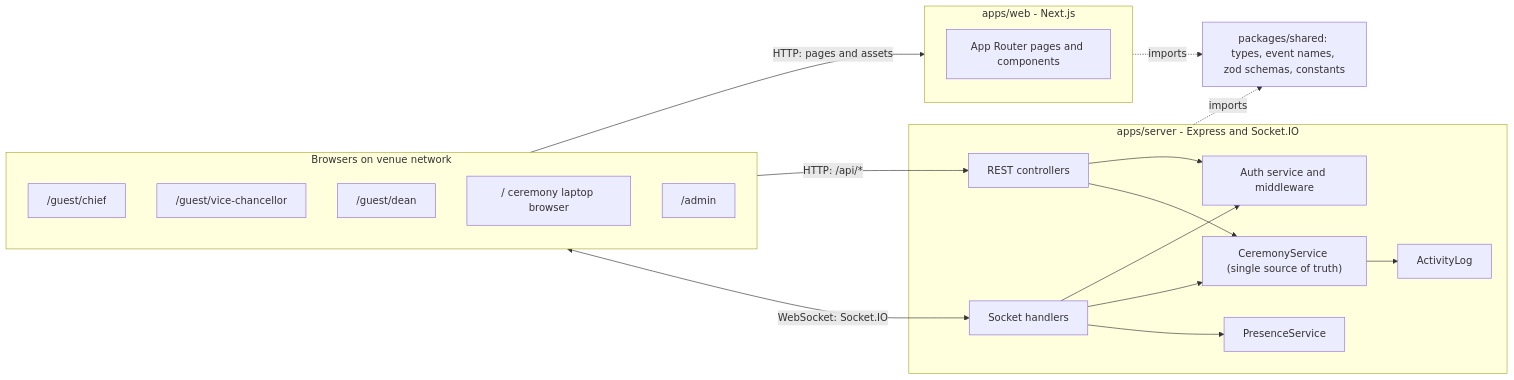
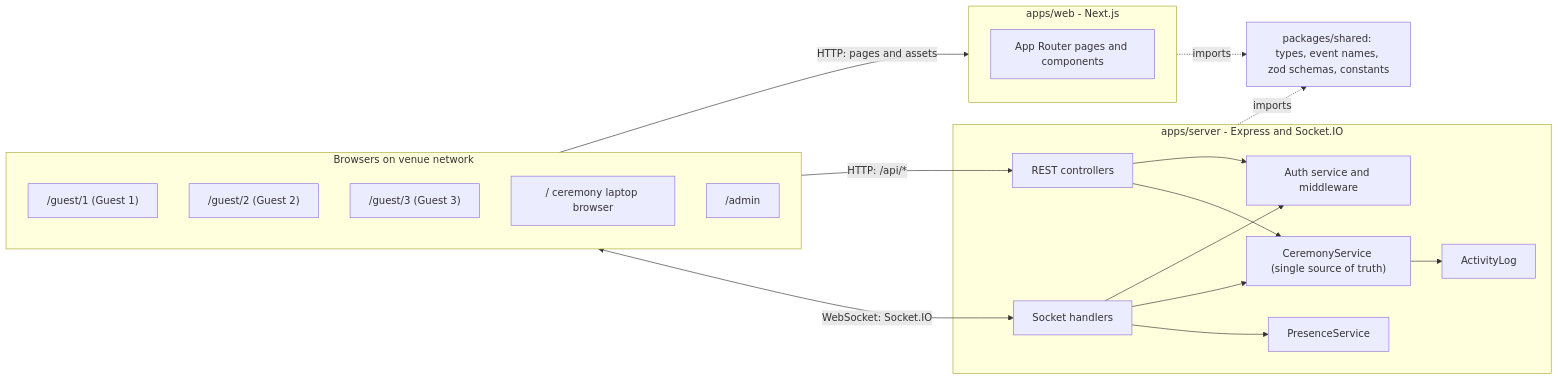
One commit to ShenSandaru/fit25thopening-ceremony changed the first of 5 diagrams in docs/ARCHITECTURE.md. Above: the diagram before and after it, drawn with Mermaid. The commit also changed 27 other files, not shown here.

````diff
--- a/docs/ARCHITECTURE.md
+++ b/docs/ARCHITECTURE.md
@@ -9,33 +9,33 @@
 ```mermaid
 flowchart LR
   subgraph clients [Browsers on venue network]
-    Chief["/guest/chief"]
-    VC["/guest/vice-chancellor"]
-    Dean["/guest/dean"]
+    Guest1["/guest/1 (Guest 1)"]
+    Guest2["/guest/2 (Guest 2)"]
+    Guest3["/guest/3 (Guest 3)"]
     Display["/ ceremony laptop browser"]
     AdminUI["/admin"]
   end
   subgraph web [apps/web - Next.js]
     Pages["App Router pages and components"]
   end
   subgraph server [apps/server - Express and Socket.IO]
     Rest["REST controllers"]
     Sock["Socket handlers"]
     Svc["CeremonyService (single source of truth)"]
     Auth["Auth service and middleware"]
     Presence["PresenceService"]
     Activity["ActivityLog"]
   end
   Shared["packages/shared: types, event names, zod schemas, constants"]
   clients -->|"HTTP: pages and assets"| web
   clients -->|"HTTP: /api/*"| Rest
   clients <-->|"WebSocket: Socket.IO"| Sock
   Rest --> Auth
   Sock --> Auth
   Rest --> Svc
   Sock --> Svc
   Sock --> Presence
   Svc --> Activity
   web -.imports.-> Shared
   server -.imports.-> Shared
 ```
````
